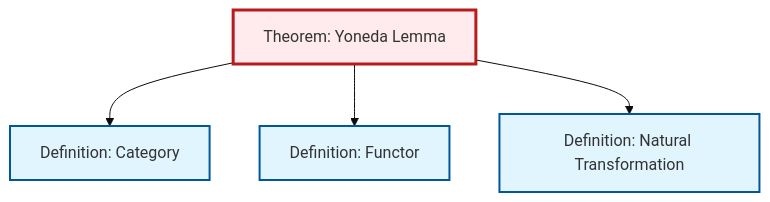
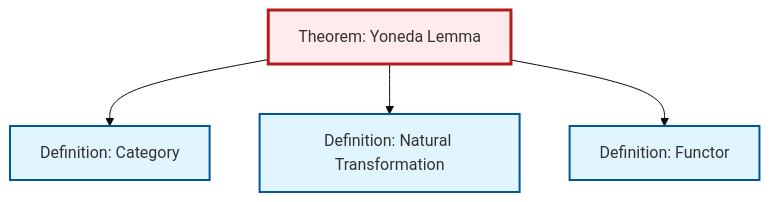
The diagram in content/en/category-theory/thm-yoneda.qmd (RK0429/ModernMath), drawn with Mermaid (base theme) before and after one commit. The commit also changed 511 other files, not shown here.

````diff
--- a/content/en/category-theory/thm-yoneda.qmd
+++ b/content/en/category-theory/thm-yoneda.qmd
@@ -88,21 +88,17 @@
 ```{mermaid}
 %%| fig-cap: "Local dependency graph"
 graph TD
     classDef definition fill:#e1f5fe,stroke:#01579b,stroke-width:2px
     classDef theorem fill:#f3e5f5,stroke:#4a148c,stroke-width:2px
     classDef axiom fill:#fff3e0,stroke:#e65100,stroke-width:2px
     classDef example fill:#e8f5e9,stroke:#1b5e20,stroke-width:2px
     classDef current fill:#ffebee,stroke:#b71c1c,stroke-width:3px
-    def-category["Definition: Category"]:::definition
-    thm-yoneda["Theorem: Yoneda Lemma"]:::theorem
     def-natural-transformation["Definition: Natural Transformation"]:::definition
     def-functor["Definition: Functor"]:::definition
+    thm-yoneda["Theorem: Yoneda Lemma"]:::theorem
+    def-category["Definition: Category"]:::definition
     thm-yoneda --> def-category
+    thm-yoneda --> def-natural-transformation
     thm-yoneda --> def-functor
-    thm-yoneda --> def-natural-transformation
     class thm-yoneda current
-
-    click def-category "def-category.html" "Go to Category definition"
-    click def-natural-transformation "def-natural-transformation.html" "Go to Natural Transformation definition"
-    click def-functor "def-functor.html" "Go to Functor definition"
 ```
````
